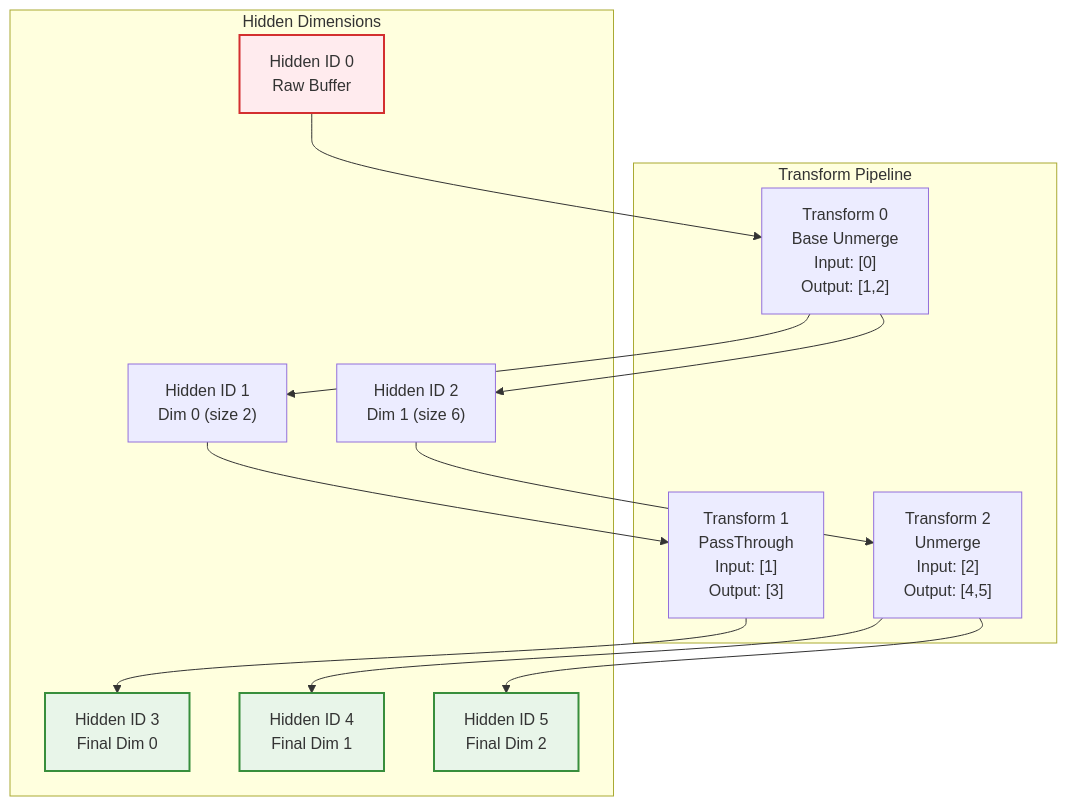
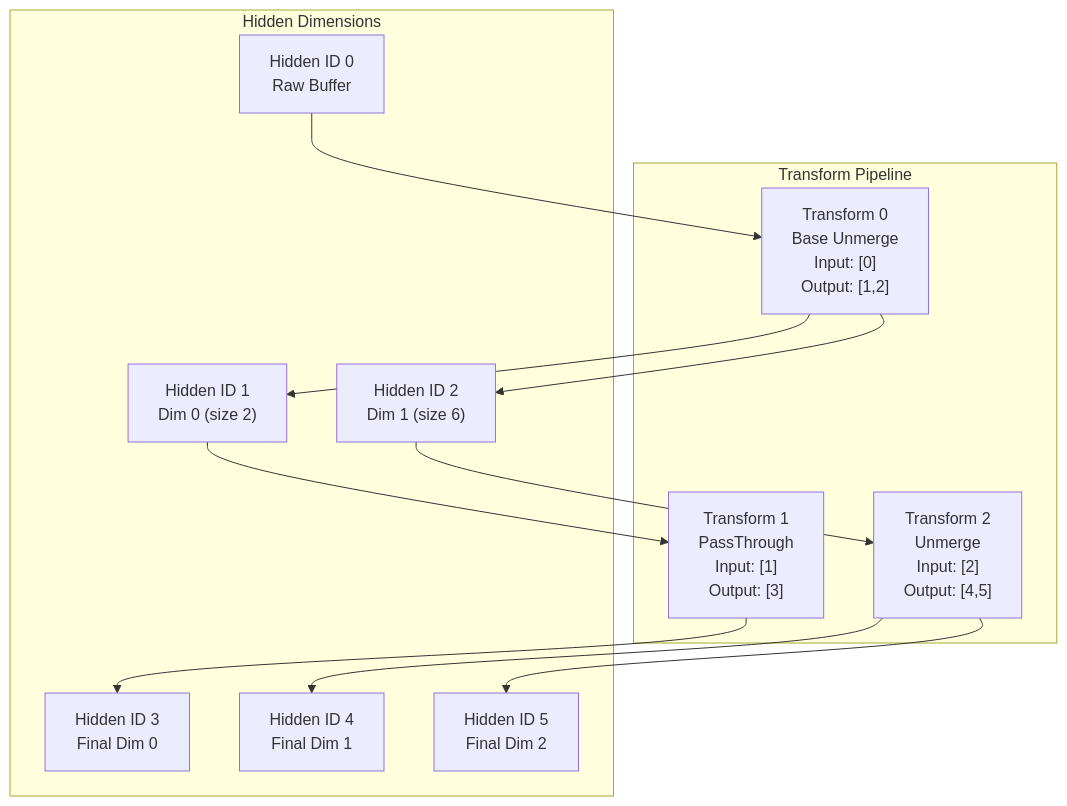
Before and after one commit to hdt98/rocm-libraries: the second of 2 diagrams in projects/composablekernel/docs/conceptual/ck_tile/descriptors.rst, drawn with Mermaid. The commit also changed other lines of this file and 21 other files, not shown here.

First line of the commit message:
[ck] Updated CK Tile documentation to use mermaid diagrams (#7955)

```diff
--- a/projects/composablekernel/docs/conceptual/ck_tile/descriptors.rst
+++ b/projects/composablekernel/docs/conceptual/ck_tile/descriptors.rst
@@ -206,31 +185,26 @@
-      .. mermaid::
-      
-         graph TB
-             subgraph "Transform Pipeline"
-                 T0["Transform 0<br/>Base Unmerge<br/>Input: [0]<br/>Output: [1,2]"]
-                 T1["Transform 1<br/>PassThrough<br/>Input: [1]<br/>Output: [3]"]
-                 T2["Transform 2<br/>Unmerge<br/>Input: [2]<br/>Output: [4,5]"]
-             end
-             
-             subgraph "Hidden Dimensions"
-                 H0["Hidden ID 0<br/>Raw Buffer"]
-                 H1["Hidden ID 1<br/>Dim 0 (size 2)"]
-                 H2["Hidden ID 2<br/>Dim 1 (size 6)"]
-                 H3["Hidden ID 3<br/>Final Dim 0"]
-                 H4["Hidden ID 4<br/>Final Dim 1"]
-                 H5["Hidden ID 5<br/>Final Dim 2"]
-             end
-             
-             H0 --> T0
-             T0 --> H1
-             T0 --> H2
-             H1 --> T1
-             H2 --> T2
-             T1 --> H3
-             T2 --> H4
-             T2 --> H5
-             
-             style H0 fill:#ffebee,stroke:#d32f2f,stroke-width:2px
-             style H3 fill:#e8f5e9,stroke:#388e3c,stroke-width:2px
-             style H4 fill:#e8f5e9,stroke:#388e3c,stroke-width:2px
-             style H5 fill:#e8f5e9,stroke:#388e3c,stroke-width:2px
+.. mermaid::
+
+   graph TB
+       subgraph "Transform Pipeline"
+           T0["Transform 0<br/>Base Unmerge<br/>Input: [0]<br/>Output: [1,2]"]
+           T1["Transform 1<br/>PassThrough<br/>Input: [1]<br/>Output: [3]"]
+           T2["Transform 2<br/>Unmerge<br/>Input: [2]<br/>Output: [4,5]"]
+       end
+
+       subgraph "Hidden Dimensions"
+           H0["Hidden ID 0<br/>Raw Buffer"]
+           H1["Hidden ID 1<br/>Dim 0 (size 2)"]
+           H2["Hidden ID 2<br/>Dim 1 (size 6)"]
+           H3["Hidden ID 3<br/>Final Dim 0"]
+           H4["Hidden ID 4<br/>Final Dim 1"]
+           H5["Hidden ID 5<br/>Final Dim 2"]
+       end
+
+       H0 --> T0
+       T0 --> H1
+       T0 --> H2
+       H1 --> T1
+       H2 --> T2
+       T1 --> H3
+       T2 --> H4
+       T2 --> H5
```
